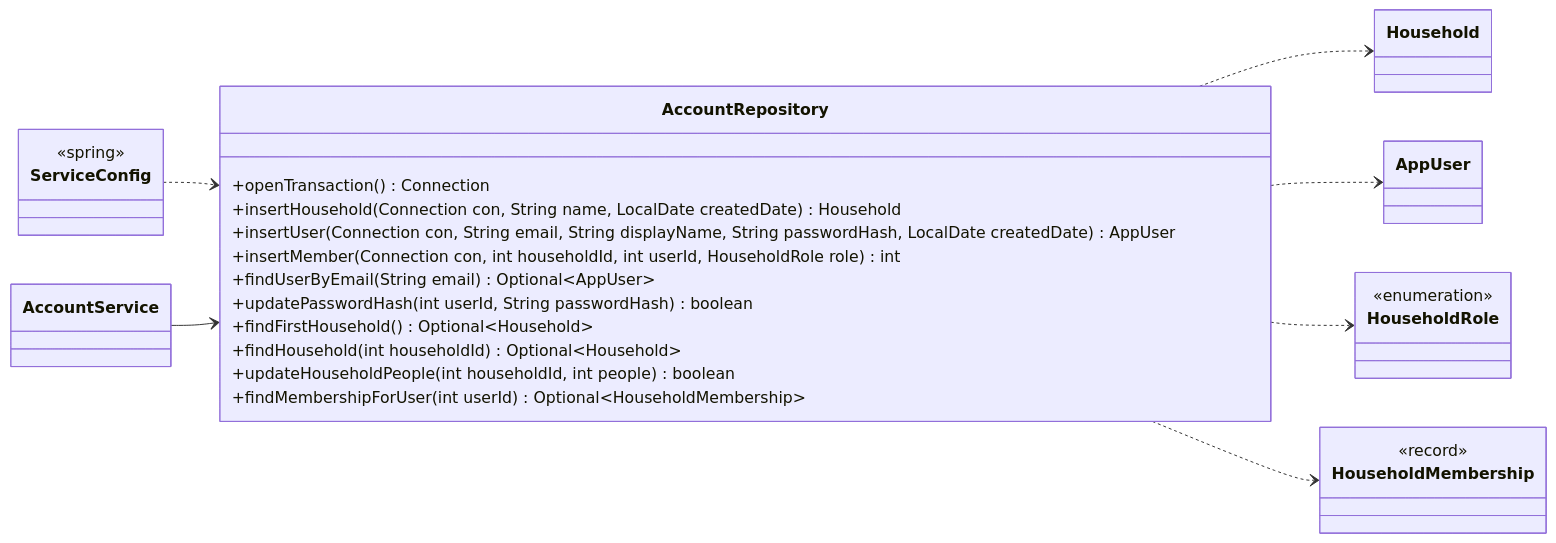
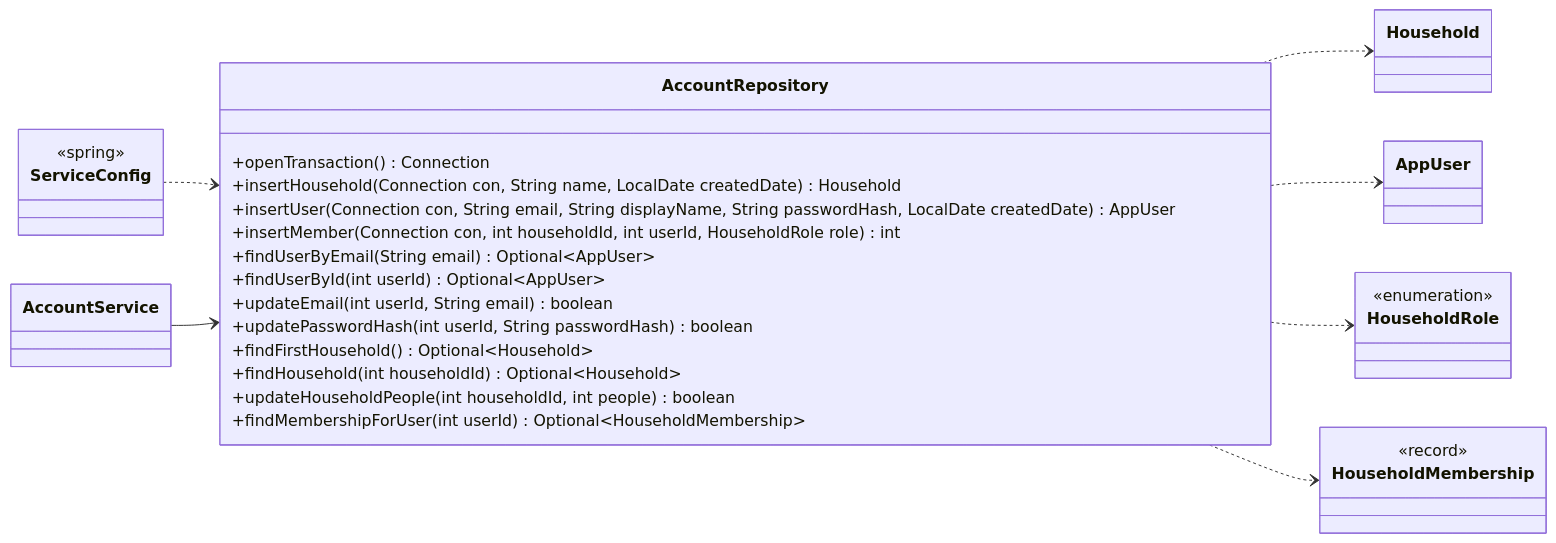
Before and after one commit to Nate-ryan-7690/dahaem: the second of 17 diagrams in docs/classes/auth.md, drawn with Mermaid. The commit also changed other lines of this file and 4 other files, not shown here.

````diff
--- a/docs/classes/auth.md
+++ b/docs/classes/auth.md
@@ -86,34 +93,36 @@
 ```mermaid
 classDiagram
     direction LR
     class auth_AccountRepository["AccountRepository"] {
         +openTransaction() Connection
         +insertHousehold(Connection con, String name, LocalDate createdDate) Household
         +insertUser(Connection con, String email, String displayName, String passwordHash, LocalDate createdDate) AppUser
         +insertMember(Connection con, int householdId, int userId, HouseholdRole role) int
         +findUserByEmail(String email) Optional~AppUser~
+        +findUserById(int userId) Optional~AppUser~
+        +updateEmail(int userId, String email) boolean
         +updatePasswordHash(int userId, String passwordHash) boolean
         +findFirstHousehold() Optional~Household~
         +findHousehold(int householdId) Optional~Household~
         +updateHouseholdPeople(int householdId, int people) boolean
         +findMembershipForUser(int userId) Optional~HouseholdMembership~
     }
     class auth_AccountService["AccountService"]
     class auth_Household["Household"]
     class auth_AppUser["AppUser"]
     class auth_HouseholdRole["HouseholdRole"] {
         <<enumeration>>
     }
     class auth_HouseholdMembership["HouseholdMembership"] {
         <<record>>
     }
     class api_ServiceConfig["ServiceConfig"] {
         <<spring>>
     }
     auth_AccountRepository ..> auth_Household
     auth_AccountRepository ..> auth_AppUser
     auth_AccountRepository ..> auth_HouseholdRole
     auth_AccountRepository ..> auth_HouseholdMembership
     api_ServiceConfig ..> auth_AccountRepository
     auth_AccountService --> auth_AccountRepository
 ```
````
